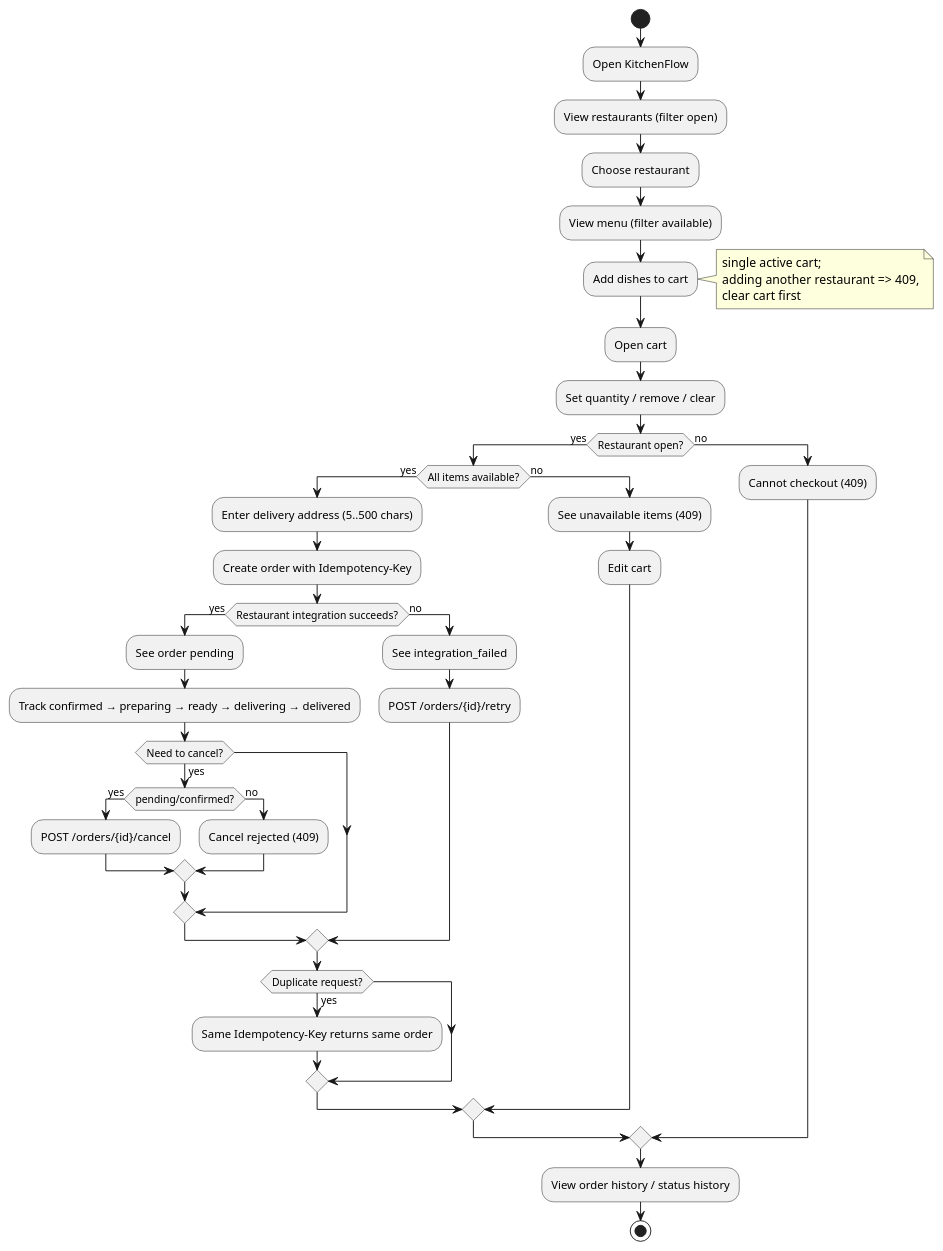
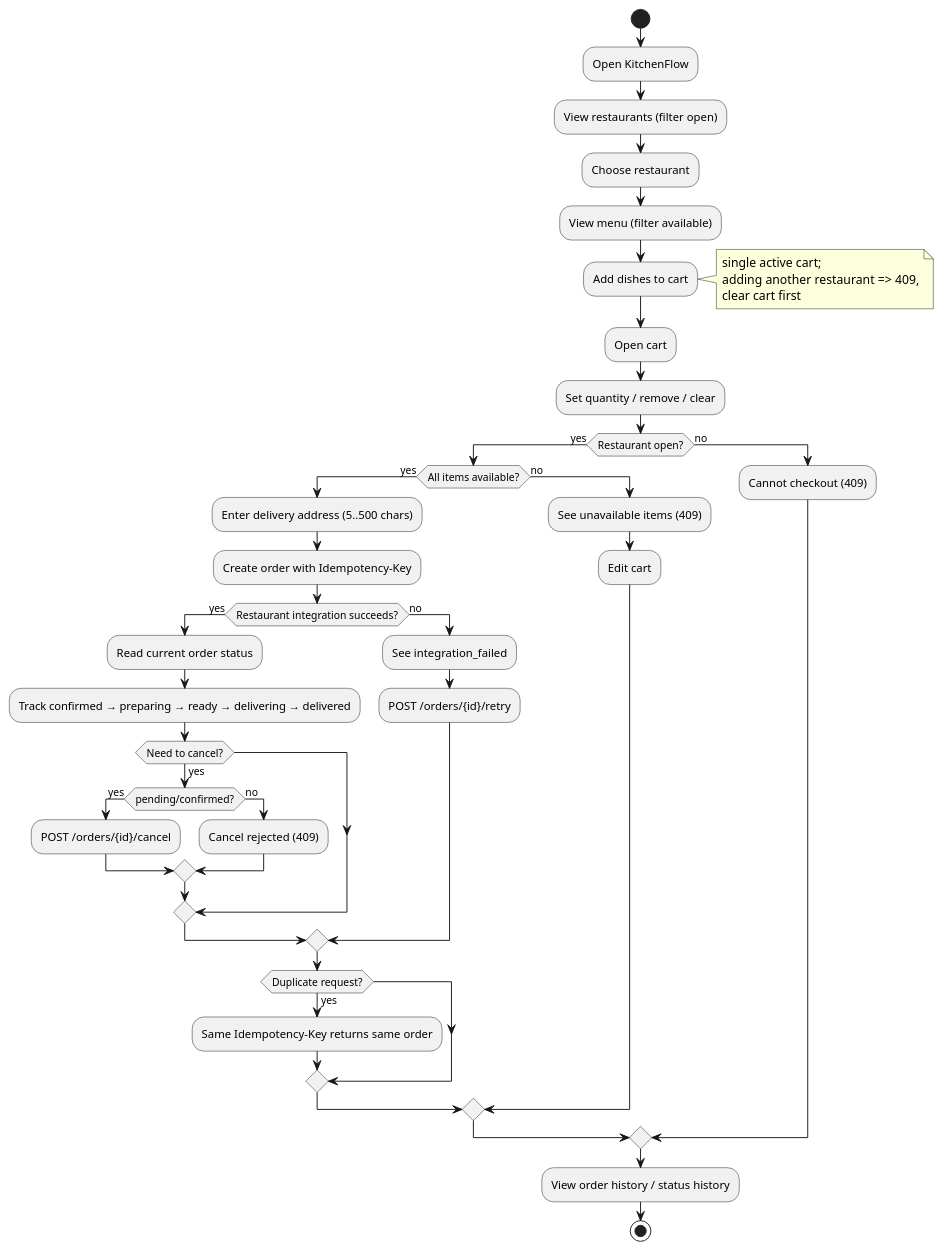
The diagram in docs/cjm-user.puml (Aam-Shaegar/kitchenflow), drawn with PlantUML before and after one commit. The commit also changed 10 other files, not shown here.

Commit message:
Align API contract, startup guide and architecture with runtime behavior

```diff
--- a/docs/cjm-user.puml
+++ b/docs/cjm-user.puml
@@ -1,44 +1,44 @@
 @startuml
 |User|
 start
 :Open KitchenFlow;
 :View restaurants (filter open);
 :Choose restaurant;
 :View menu (filter available);
 :Add dishes to cart;
 note right: single active cart;\nadding another restaurant => 409,\nclear cart first
 :Open cart;
 :Set quantity / remove / clear;
 
 if (Restaurant open?) then (yes)
   if (All items available?) then (yes)
     :Enter delivery address (5..500 chars);
     :Create order with Idempotency-Key;
     if (Restaurant integration succeeds?) then (yes)
-      :See order pending;
+      :Read current order status;
       :Track confirmed → preparing → ready → delivering → delivered;
       if (Need to cancel?) then (yes)
         if (pending/confirmed?) then (yes)
           :POST /orders/{id}/cancel;
         else (no)
           :Cancel rejected (409);
         endif
       endif
     else (no)
       :See integration_failed;
       :POST /orders/{id}/retry;
     endif
     if (Duplicate request?) then (yes)
       :Same Idempotency-Key returns same order;
     endif
   else (no)
     :See unavailable items (409);
     :Edit cart;
   endif
 else (no)
   :Cannot checkout (409);
 endif
 
 :View order history / status history;
 stop
 @enduml
```
